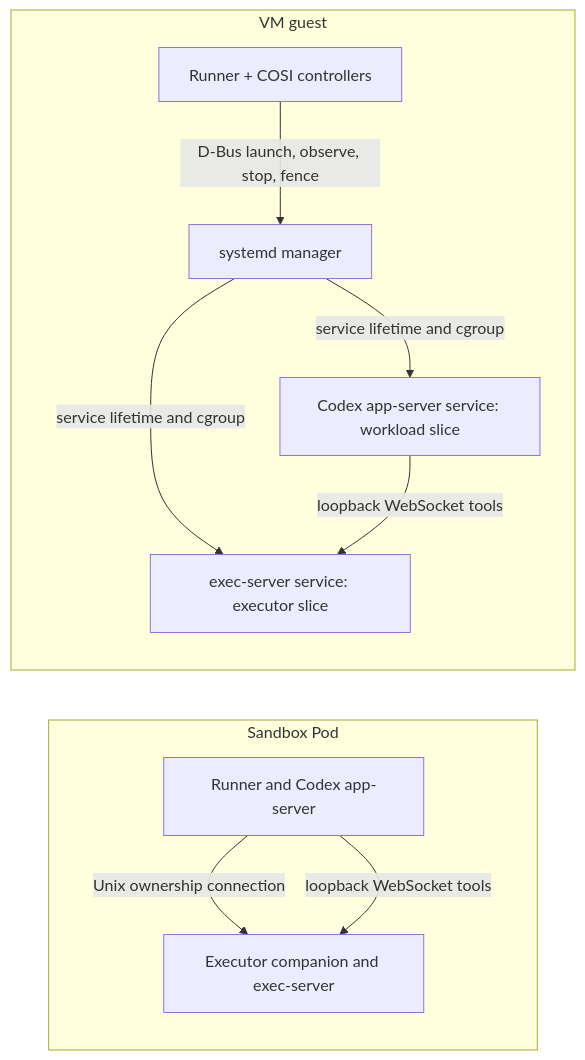
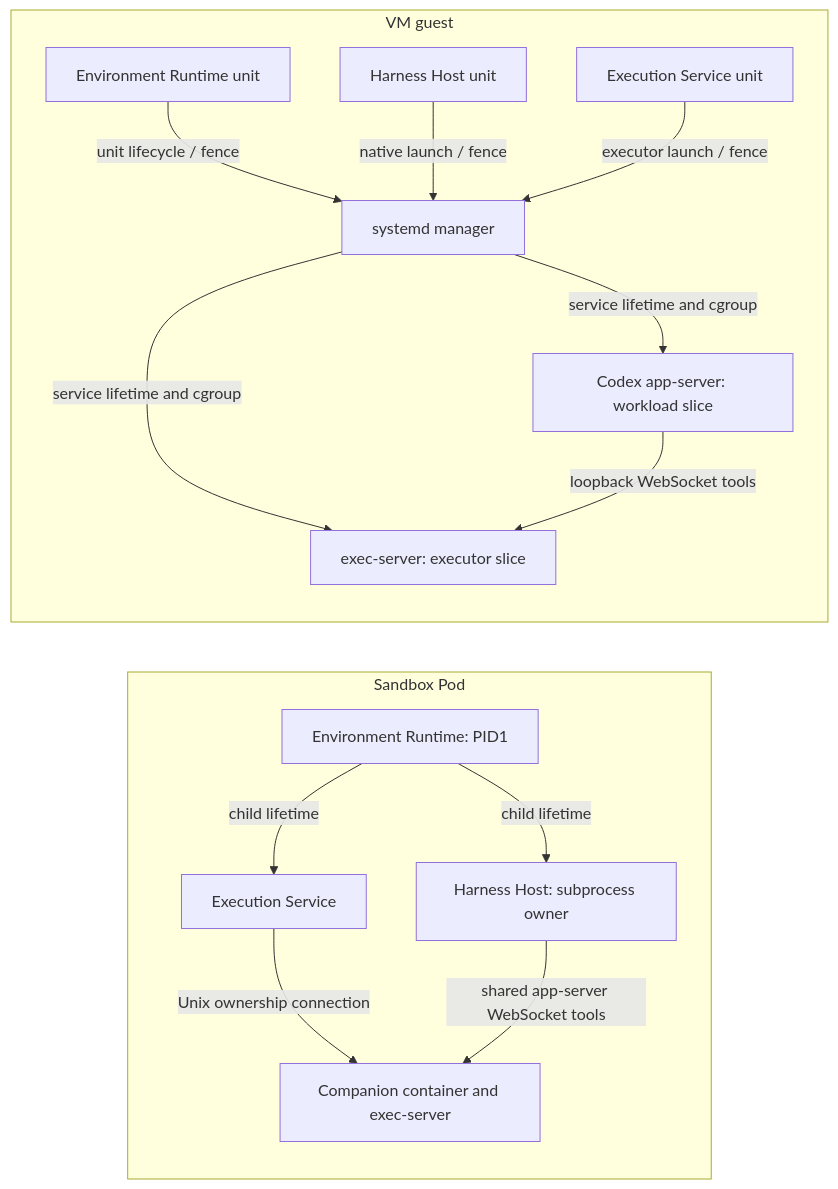
Before and after one commit to agentydragon/ducktape: the fourth of 9 diagrams in agentplane/docs/system_overview.md, drawn with Mermaid. The commit also changed other lines of this file and 203 other files, not shown here.

Commit message:
refactor(agentplane): split Harness Host and Runtime

````diff
--- a/agentplane/docs/system_overview.md
+++ b/agentplane/docs/system_overview.md
@@ -105,19 +117,27 @@
 ```mermaid
 flowchart LR
     subgraph pod[Sandbox Pod]
-        runner[Runner and Codex app-server]
-        exec[Executor companion and exec-server]
-        runner -->|Unix ownership connection| exec
-        runner -->|loopback WebSocket tools| exec
+        runtime[Environment Runtime: PID1]
+        host[Harness Host: subprocess owner]
+        execution[Execution Service]
+        exec[Companion container and exec-server]
+        runtime -->|child lifetime| host
+        runtime -->|child lifetime| execution
+        execution -->|Unix ownership connection| exec
+        host -->|shared app-server WebSocket tools| exec
     end
     subgraph vm[VM guest]
-        guest[Runner + COSI controllers]
+        vmruntime[Environment Runtime unit]
+        vmhost[Harness Host unit]
+        vmexecution[Execution Service unit]
         manager[systemd manager]
-        harness[Codex app-server service: workload slice]
-        vmexec[exec-server service: executor slice]
-        guest -->|D-Bus launch, observe, stop, fence| manager
+        harness[Codex app-server: workload slice]
+        vmexec[exec-server: executor slice]
+        vmruntime -->|unit lifecycle / fence| manager
+        vmhost -->|native launch / fence| manager
+        vmexecution -->|executor launch / fence| manager
         manager -->|service lifetime and cgroup| vmexec
         manager -->|service lifetime and cgroup| harness
         harness -->|loopback WebSocket tools| vmexec
     end
 ```
````
